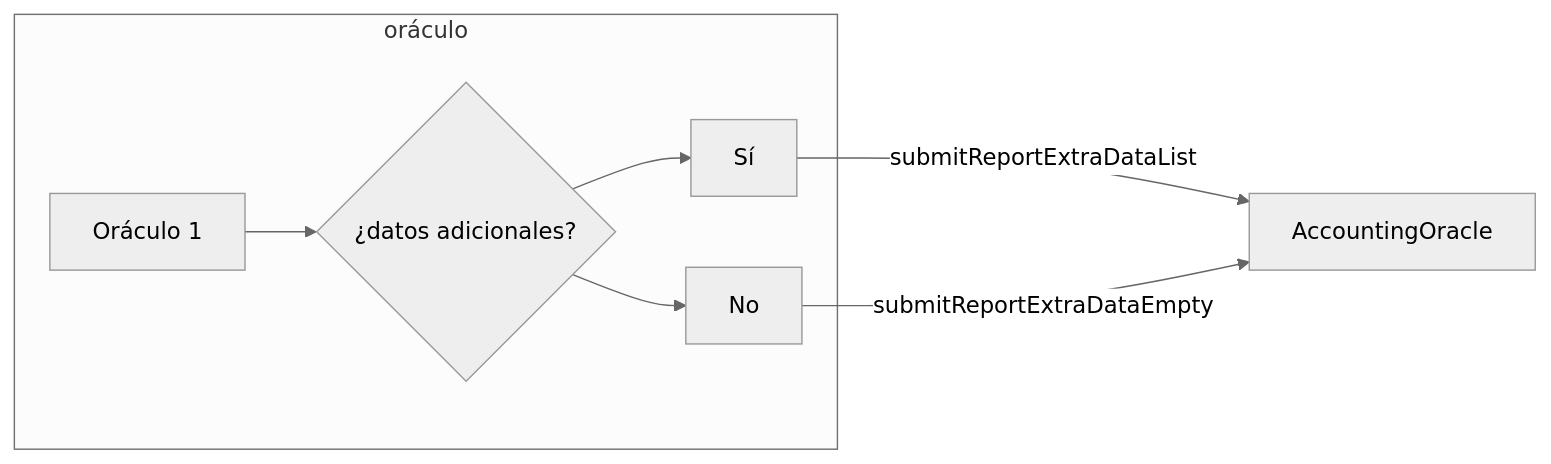
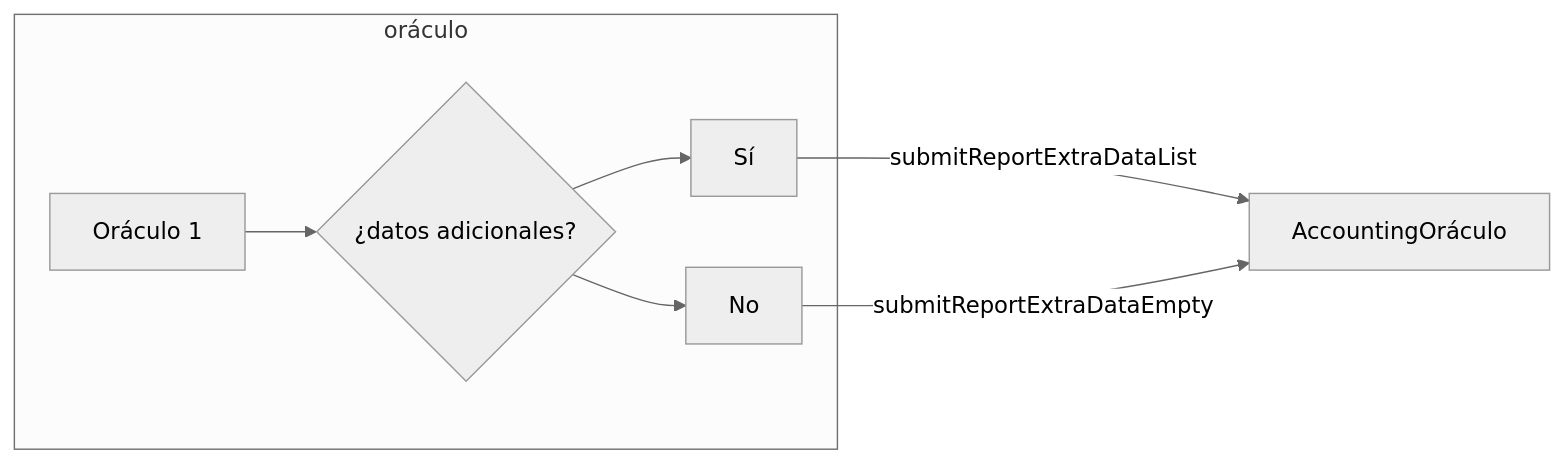
One commit to adminseedlatam/lido-docs-spanish changed the third of 3 diagrams in docs/guías/oracle-operator-manual.md. Above: the diagram before and after it, drawn with Mermaid (neutral theme). The commit also changed other lines of this file and 20 other files, not shown here.

````diff
--- a/docs/guías/oracle-operator-manual.md
+++ b/docs/guías/oracle-operator-manual.md
@@ -82,18 +82,18 @@
 ```mermaid
 graph LR;
 
   O1[Oráculo 1] -->B{¿datos adicionales?};
   B-->Sí
   B-->No
 
-  Sí -->|submitReportExtraDataList| AccountingOracle
-  No -->|submitReportExtraDataEmpty| AccountingOracle
+  Sí -->|submitReportExtraDataList| AccountingOráculo
+  No -->|submitReportExtraDataEmpty| AccountingOráculo
 
   subgraph oráculo
   O1
   B
   Sí
   No
   end
 
 ```
````
